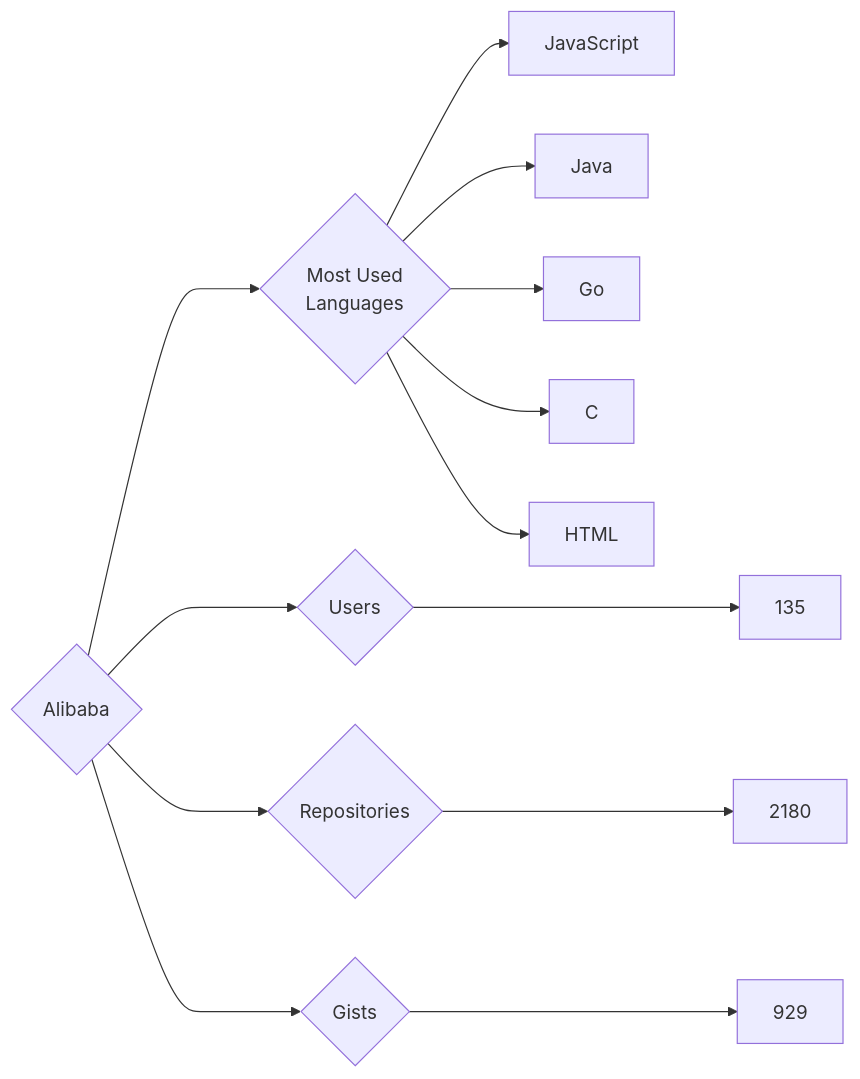
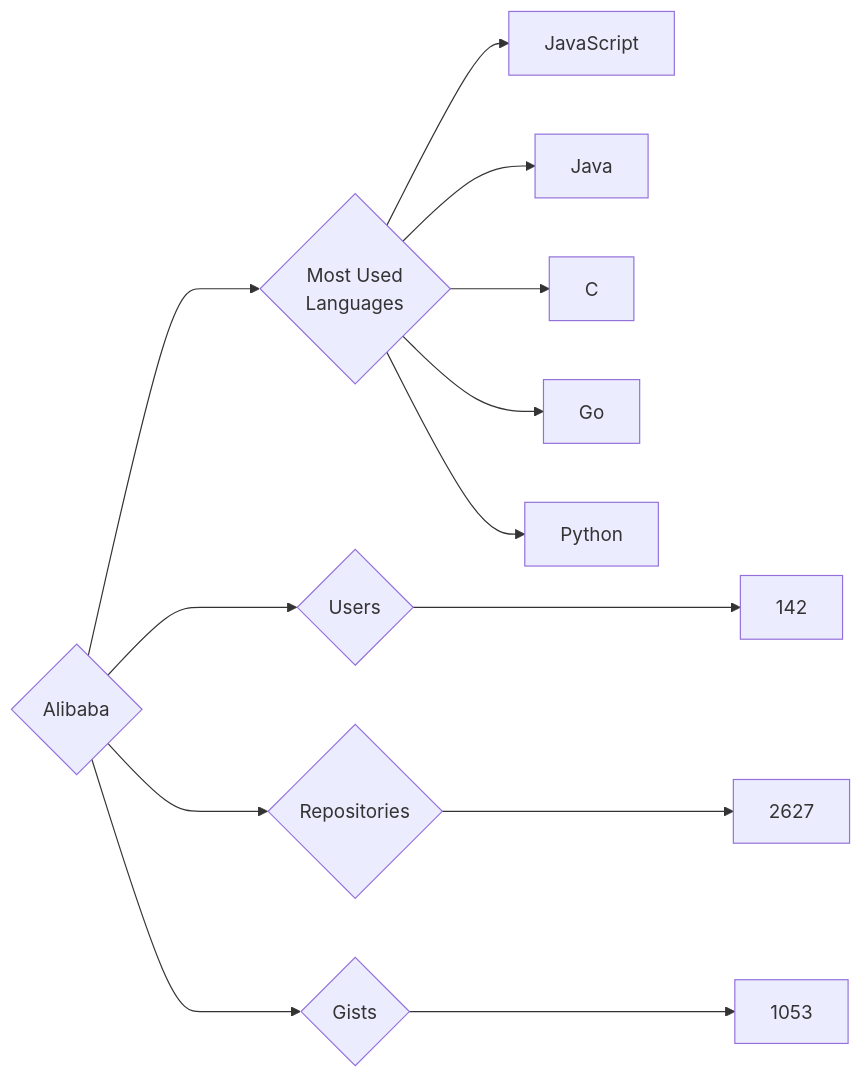
The diagram in targets/Alibaba/README.md (trickest/insiders), drawn with Mermaid before and after one commit. The commit also changed 895 other files, not shown here.

````diff
--- a/targets/Alibaba/README.md
+++ b/targets/Alibaba/README.md
@@ -3,13 +3,13 @@
 ```mermaid
 graph LR
 COMPANY_NAME{Alibaba}
-COMPANY_NAME ---> U{Users} ---> UN[135]
-COMPANY_NAME ---> R{Repositories} ---> RN[2180]
-COMPANY_NAME ---> G{Gists} ---> GN[929]
+COMPANY_NAME ---> U{Users} ---> UN[142]
+COMPANY_NAME ---> R{Repositories} ---> RN[2627]
+COMPANY_NAME ---> G{Gists} ---> GN[1053]
 COMPANY_NAME ---> ML{Most Used<br>Languages}
 ML --> JavaScript[JavaScript]
 ML --> Java[Java]
+ML --> C[C]
 ML --> Go[Go]
-ML --> C[C]
-ML --> HTML[HTML]
+ML --> Python[Python]
 ```
````
